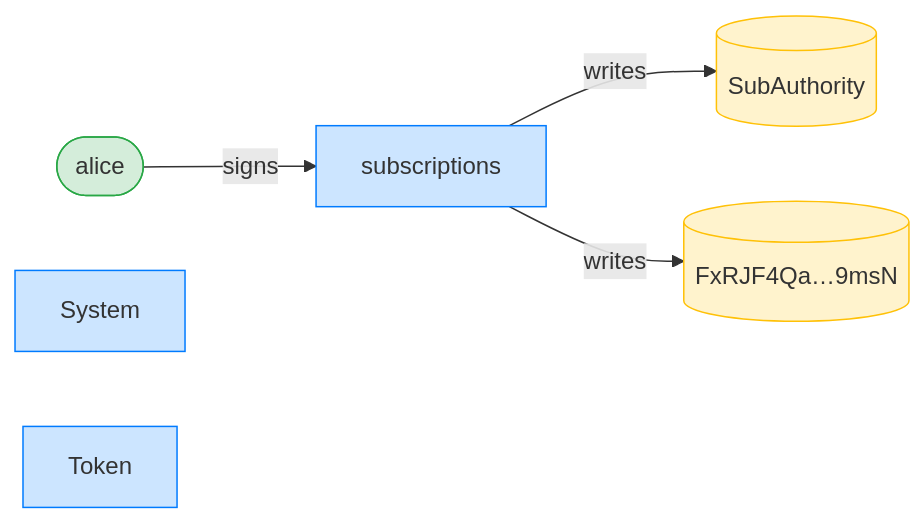
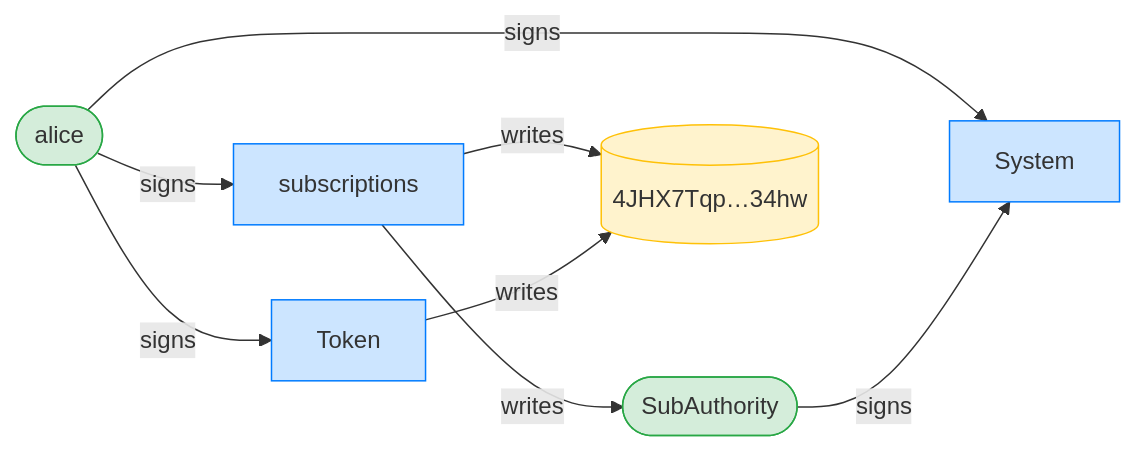
One commit to cds-rs/subscriptions changed the third of 12 diagrams in dsl_tests/cancel-rejects-a-non-subscriber.md. Above: the diagram before and after it, drawn with Mermaid. The commit also changed other lines of this file and 224 other files, not shown here.

````diff
--- a/dsl_tests/cancel-rejects-a-non-subscriber.md
+++ b/dsl_tests/cancel-rejects-a-non-subscriber.md
@@ -55,15 +56,19 @@
 ```mermaid
 flowchart LR
     classDef signer fill:#d4edda,stroke:#28a745;
     classDef program fill:#cce5ff,stroke:#007bff;
     classDef writable fill:#fff3cd,stroke:#ffc107;
     subscriptions[subscriptions]:::program
     alice([alice]):::signer
-    SubAuthority[(SubAuthority)]:::writable
-    FxRJF4Qa_9msN[("FxRJF4Qa…9msN")]:::writable
+    SubAuthority([SubAuthority]):::signer
+    4JHX7Tqp_34hw[("4JHX7Tqp…34hw")]:::writable
     System[System]:::program
     Token[Token]:::program
     alice -->|signs| subscriptions
+    alice -->|signs| System
+    SubAuthority -->|signs| System
+    alice -->|signs| Token
     subscriptions -->|writes| SubAuthority
-    subscriptions -->|writes| FxRJF4Qa_9msN
+    subscriptions -->|writes| 4JHX7Tqp_34hw
+    Token -->|writes| 4JHX7Tqp_34hw
 ```
````
